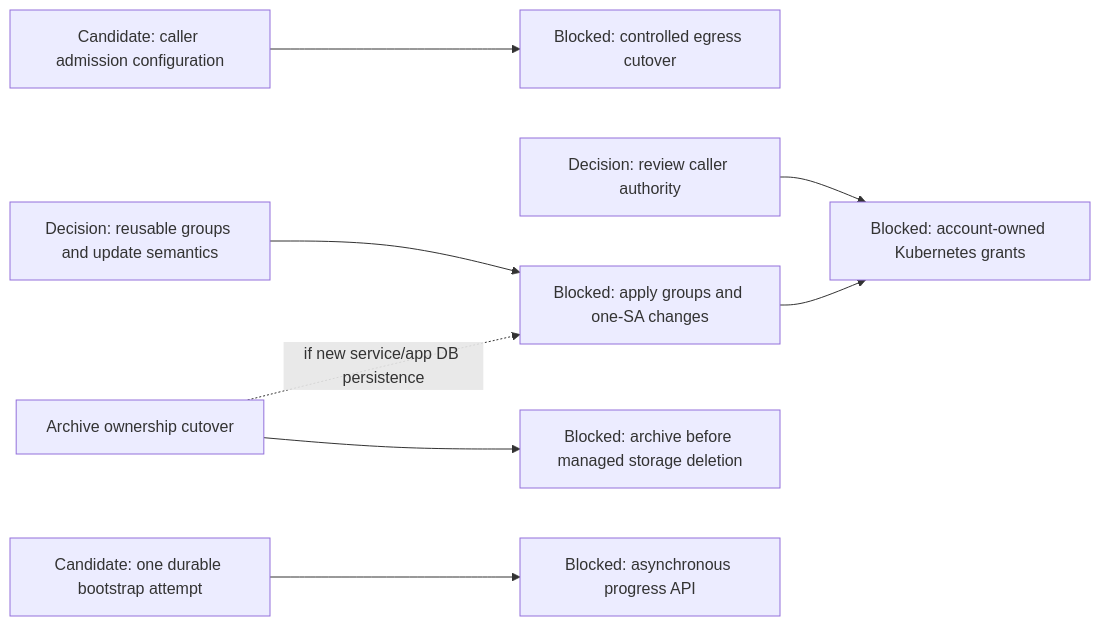
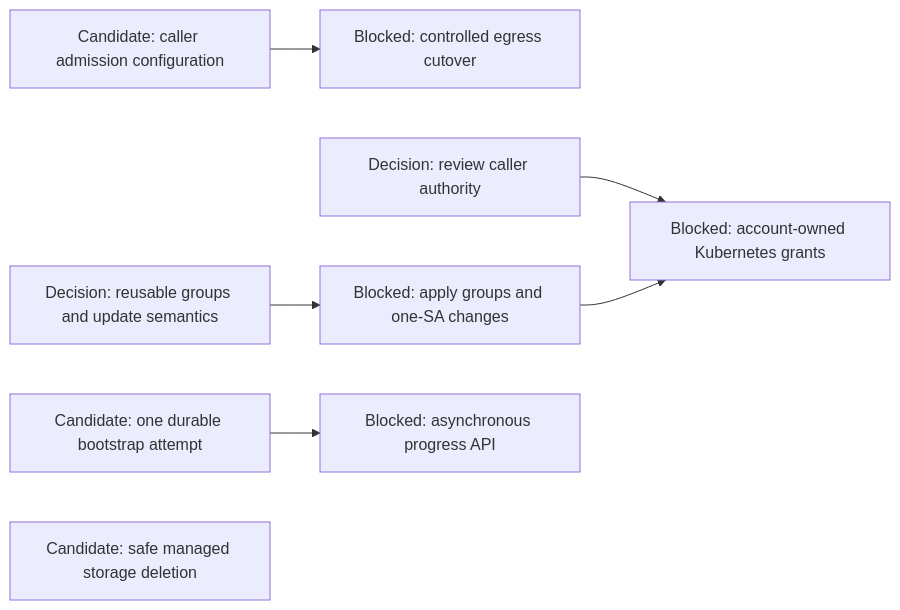
The seventh of 7 diagrams in agentplane/plans/task_dag.md (agentydragon-agent/ducktape), drawn with Mermaid before and after one commit. The commit also changed other lines of this file and 11 other files, not shown here.

Commit message:
Retire legacy app raw history and burn down completed cutover plans

````diff
--- a/agentplane/plans/task_dag.md
+++ b/agentplane/plans/task_dag.md
@@ -737,10 +638,9 @@
 ```mermaid
 flowchart LR
     PC_EGRESS_CREDENTIALS[Candidate: caller admission configuration] --> PC_EGRESS[Blocked: controlled egress cutover]
     CLAUDE_AI_SA[Decision: review caller authority] --> MANAGED_SA_RBAC[Blocked: account-owned Kubernetes grants]
     KUBERNETES_RBAC_POLICIES[Decision: reusable groups and update semantics] --> KUBERNETES_RBAC_POLICY_BINDINGS[Blocked: apply groups and one-SA changes]
     KUBERNETES_RBAC_POLICY_BINDINGS --> MANAGED_SA_RBAC
-    THREAD_ARCHIVE_OWNERSHIP[Archive ownership cutover] -. if new service/app DB persistence .-> KUBERNETES_RBAC_POLICY_BINDINGS
     BOOTSTRAP_ATTEMPT_RECEIPT[Candidate: one durable bootstrap attempt] --> BOOTSTRAP_PROGRESS_CONTRACT[Blocked: asynchronous progress API]
-    THREAD_ARCHIVE_OWNERSHIP[Archive ownership cutover] --> SANDBOX_LIFECYCLE_DURABILITY[Blocked: archive before managed storage deletion]
+    SANDBOX_LIFECYCLE_DURABILITY[Candidate: safe managed storage deletion]
 ```
````
